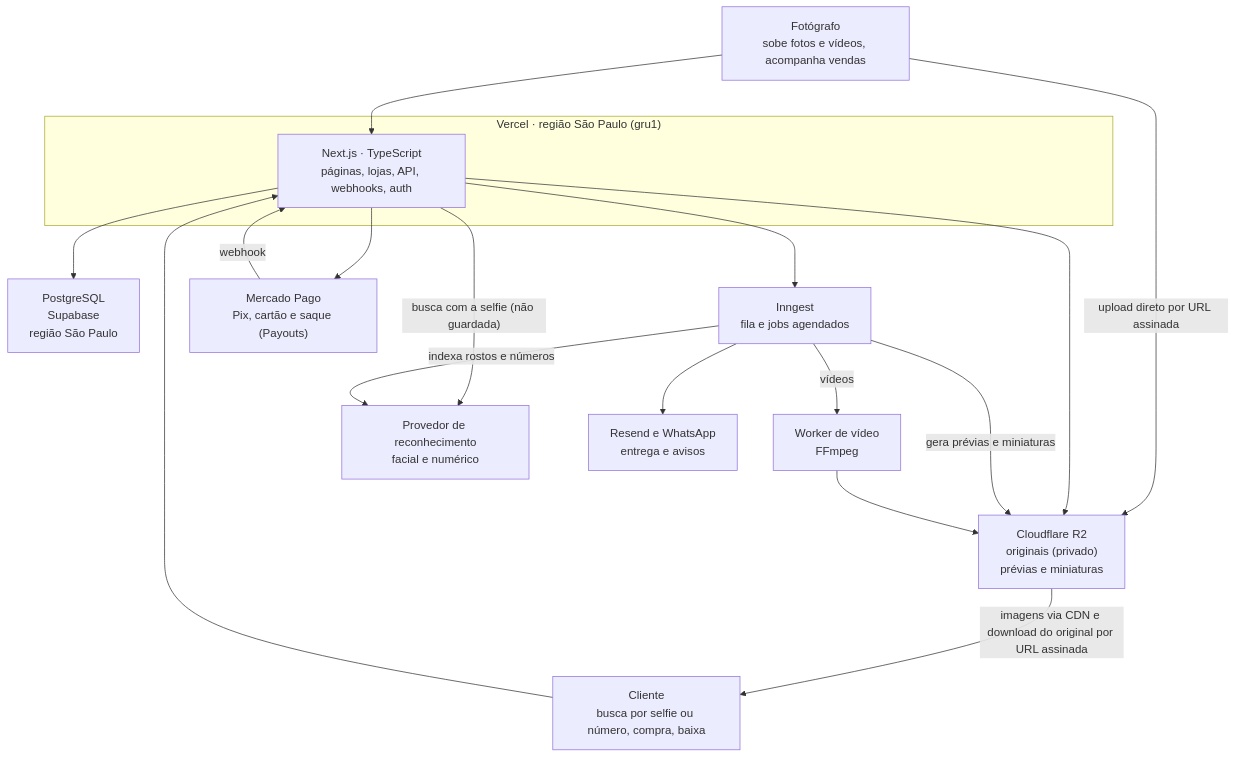
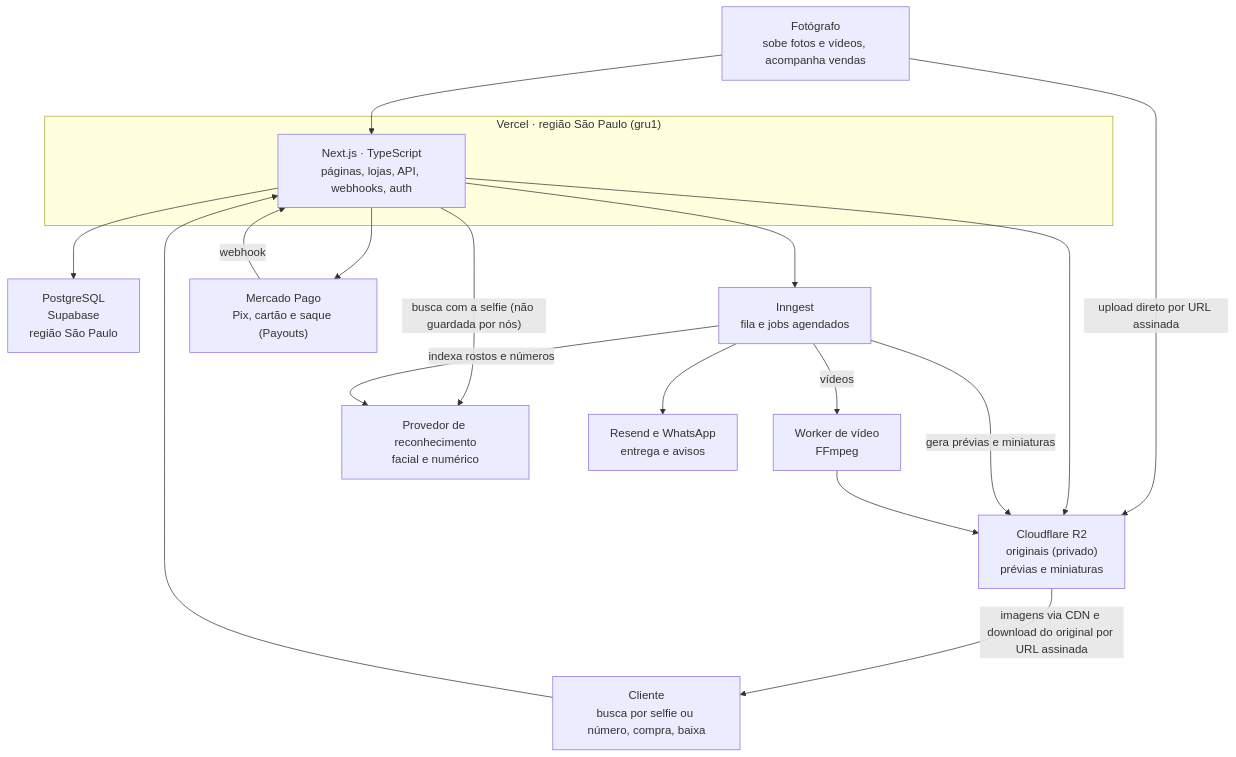
One commit to gamaral203/ClickAI changed the diagram in docs/arquitetura.md. Above: the diagram before and after it, drawn with Mermaid. The commit also changed other lines of this file and 5 other files, not shown here.

````diff
--- a/docs/arquitetura.md
+++ b/docs/arquitetura.md
@@ -59,33 +59,33 @@
 ```mermaid
 flowchart TB
     F["Fotógrafo<br/>sobe fotos e vídeos, acompanha vendas"]
     C["Cliente<br/>busca por selfie ou número, compra, baixa"]
 
     subgraph V["Vercel · região São Paulo (gru1)"]
         N["Next.js · TypeScript<br/>páginas, lojas, API, webhooks, auth"]
     end
 
     R2["Cloudflare R2<br/>originais (privado)<br/>prévias e miniaturas"]
     DB["PostgreSQL<br/>Supabase<br/>região São Paulo"]
     I["Inngest<br/>fila e jobs agendados"]
     W["Worker de vídeo<br/>FFmpeg"]
     RF["Provedor de reconhecimento<br/>facial e numérico"]
     G["Mercado Pago<br/>Pix, cartão e saque (Payouts)"]
     M["Resend e WhatsApp<br/>entrega e avisos"]
 
     F --> N
     F -- "upload direto por URL assinada" --> R2
     C --> N
     N --> R2
     N --> DB
     N --> I
-    N -- "busca com a selfie (não guardada)" --> RF
+    N -- "busca com a selfie (não guardada por nós)" --> RF
     N --> G
     G -- webhook --> N
     I -- "gera prévias e miniaturas" --> R2
     I -- "vídeos" --> W
     W --> R2
     I -- "indexa rostos e números" --> RF
     I --> M
     R2 -- "imagens via CDN e download do original por URL assinada" --> C
 ```
````
